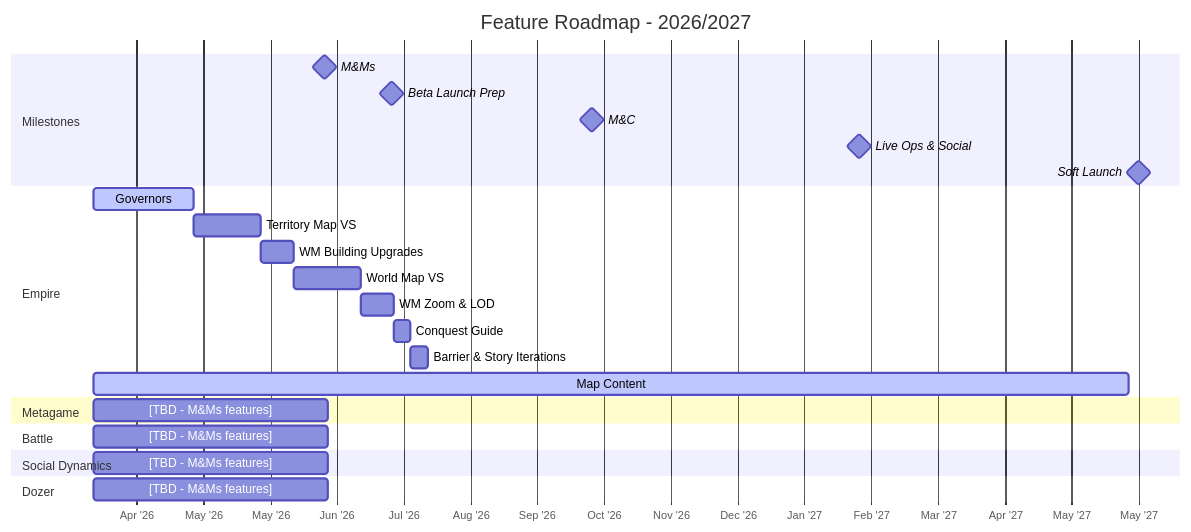
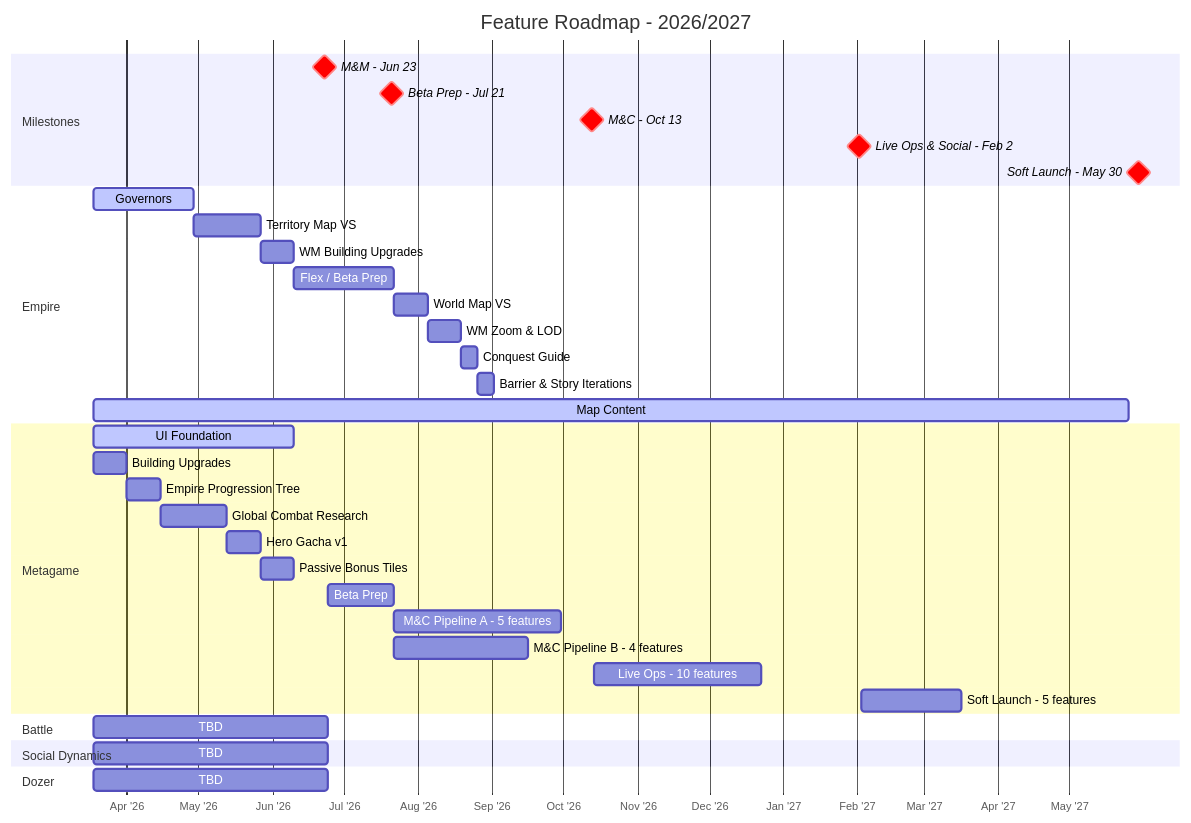
One commit to timwilliams-prod/proj-chimera-documentation-brain changed the diagram in generated/roadmap.md. Above: the diagram before and after it, drawn with Mermaid. The commit also changed other lines of this file and 8 other files, not shown here.

Commit message:
Updating meta & roadmap view

````diff
--- a/generated/roadmap.md
+++ b/generated/roadmap.md
@@ -16,36 +16,47 @@
 ```mermaid
 gantt
     title Feature Roadmap - 2026/2027
     dateFormat YYYY-MM-DD
     axisFormat %b '%y
-    tickInterval 4week
+    tickInterval 1month
 
     section Milestones
-    M&Ms                      :milestone, ms1, 2026-06-23, 0d
-    Beta Launch Prep          :milestone, ms2, 2026-07-21, 0d
-    M&C                       :milestone, ms3, 2026-10-13, 0d
-    Live Ops & Social         :milestone, ms4, 2027-02-02, 0d
-    Soft Launch               :milestone, ms5, 2027-05-30, 0d
+    M&M - Jun 23              :crit, milestone, 2026-06-23, 0d
+    Beta Prep - Jul 21        :crit, milestone, 2026-07-21, 0d
+    M&C - Oct 13              :crit, milestone, 2026-10-13, 0d
+    Live Ops & Social - Feb 2 :crit, milestone, 2027-02-02, 0d
+    Soft Launch - May 30      :crit, milestone, 2027-05-30, 0d
 
     section Empire
     Governors                 :active,  emp1, 2026-03-18, 42d
     Territory Map VS          :         emp2, after emp1, 28d
     WM Building Upgrades      :         emp3, after emp2, 14d
-    World Map VS              :         emp4, after emp3, 28d
+    Flex / Beta Prep          :         emp_bp, after emp3, 42d
+    World Map VS              :         emp4, after emp_bp, 14d
     WM Zoom & LOD             :         emp5, after emp4, 14d
-    Conquest Guide             :        emp6, after emp5, 7d
-    Barrier & Story Iterations :        emp7, after emp6, 7d
+    Conquest Guide            :         emp6, after emp5, 7d
+    Barrier & Story Iterations:         emp7, after emp6, 7d
     Map Content               :active,  emp_content, 2026-03-18, 434d
 
     section Metagame
-    [TBD - M&Ms features]    :         meta1, 2026-03-18, 98d
+    UI Foundation              :active, meta_a, 2026-03-18, 84d
+    Building Upgrades          :meta1, 2026-03-18, 14d
+    Empire Progression Tree    :meta2, after meta1, 14d
+    Global Combat Research     :meta3, after meta2, 28d
+    Hero Gacha v1              :meta4, after meta3, 14d
+    Passive Bonus Tiles        :meta5, after meta4, 14d
+    Beta Prep                  :meta_bp, 2026-06-24, 28d
+    M&C Pipeline A - 5 features :meta_mc1, 2026-07-22, 70d
+    M&C Pipeline B - 4 features :meta_mc2, 2026-07-22, 56d
+    Live Ops - 10 features     :meta_lo, 2026-10-14, 70d
+    Soft Launch - 5 features   :meta_sl, 2027-02-03, 42d
 
     section Battle
-    [TBD - M&Ms features]    :         bat1, 2026-03-18, 98d
+    TBD                       :         bat1, 2026-03-18, 98d
 
     section Social Dynamics
-    [TBD - M&Ms features]    :         soc1, 2026-03-18, 98d
+    TBD                       :         soc1, 2026-03-18, 98d
 
     section Dozer
-    [TBD - M&Ms features]    :         doz1, 2026-03-18, 98d
+    TBD                       :         doz1, 2026-03-18, 98d
 ```
````
